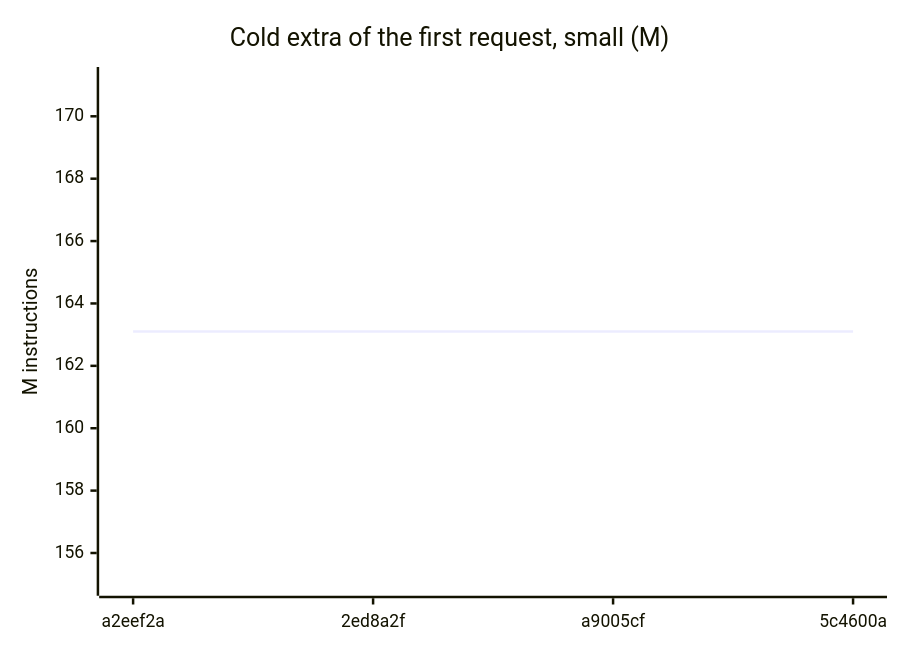
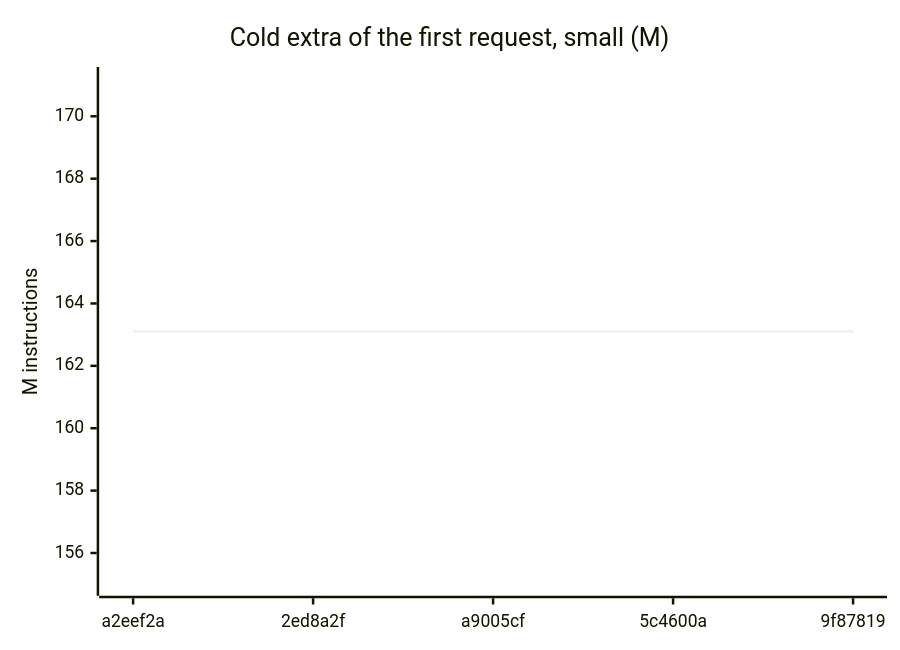
Before and after one commit to Karakatiza666/roc-cloudflare-workers: the second of 7 diagrams in CHART.md, drawn with Mermaid. The commit also changed other lines of this file and 2 other files, not shown here.

````diff
--- a/CHART.md
+++ b/CHART.md
@@ -21,7 +21,7 @@
 ```mermaid
 xychart-beta
     title "Cold extra of the first request, small (M)"
-    x-axis ["a2eef2a", "2ed8a2f", "a9005cf", "5c4600a"]
+    x-axis ["a2eef2a", "2ed8a2f", "a9005cf", "5c4600a", "9f87819"]
     y-axis "M instructions" 154.95 --> 171.26
-    line [163.1, 163.1, 163.1, 163.1]
+    line [163.1, 163.1, 163.1, 163.1, 163.1]
 ```
````
